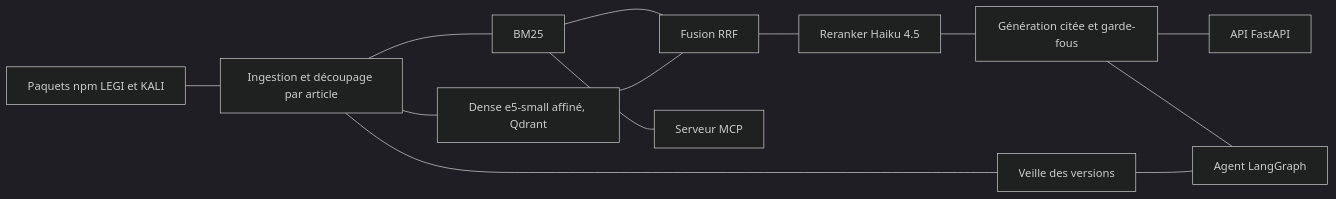
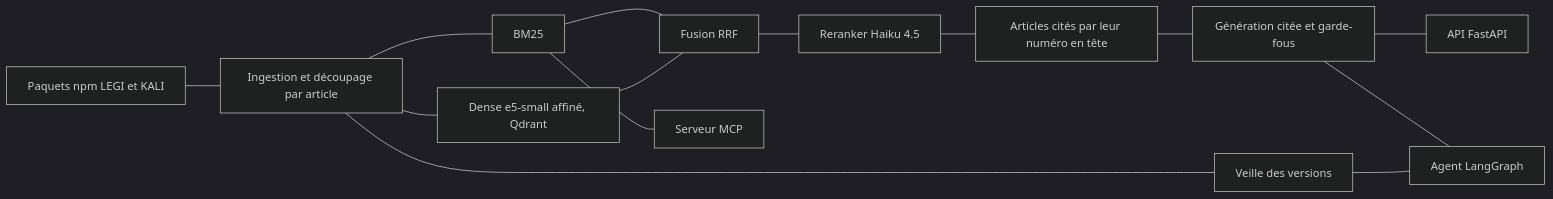
Before and after one commit to MohamedRadhi52/juriscope: the diagram in README.md, drawn with Mermaid (dark theme). The commit also changed other lines of this file and 8 other files, not shown here.

Commit message:
Articles cités par leur numéro placés en tête de la recherche

````diff
--- a/README.md
+++ b/README.md
@@ -27,15 +27,16 @@
 ```mermaid
 flowchart LR
   npm[Paquets npm LEGI et KALI] --- ingestion[Ingestion et découpage par article]
   ingestion --- bm25[BM25]
   ingestion --- dense[Dense e5-small affiné, Qdrant]
   bm25 --- rrf[Fusion RRF]
   dense --- rrf
   rrf --- rerank[Reranker Haiku 4.5]
-  rerank --- generation[Génération citée et garde-fous]
+  rerank --- references[Articles cités par leur numéro en tête]
+  references --- generation[Génération citée et garde-fous]
   generation --- api[API FastAPI]
   generation --- agent[Agent LangGraph]
   ingestion --- veille[Veille des versions]
   veille --- agent
   bm25 --- mcp[Serveur MCP]
 ```
````
